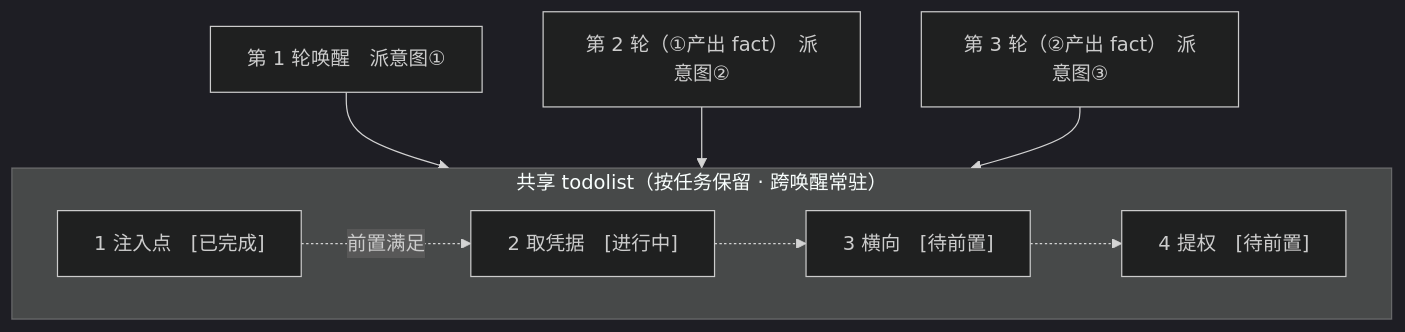
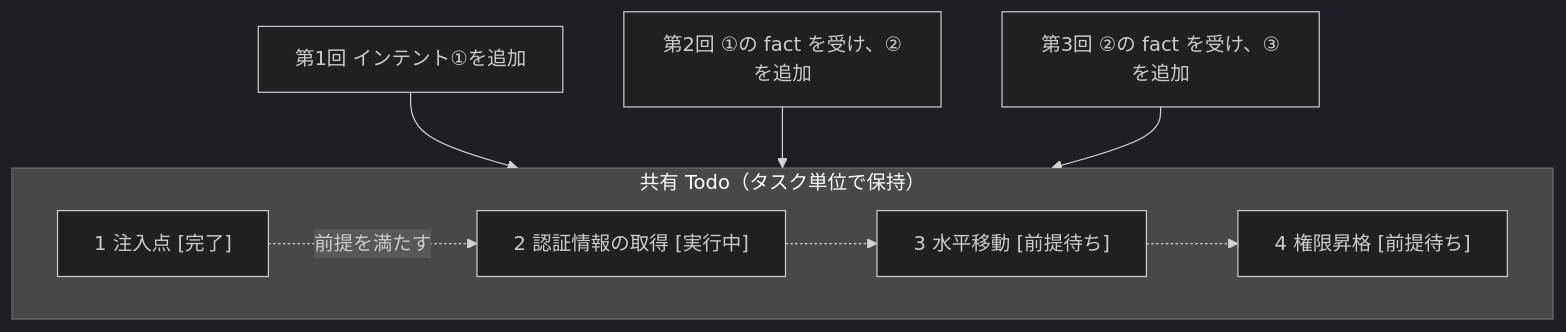
Before and after one commit to hara-kazu/ARTEX-Japanese: the fifth of 5 diagrams in README.md, drawn with Mermaid (dark theme). The commit also changed other lines of this file and 139 other files, not shown here.

````diff
--- a/README.md
+++ b/README.md
@@ -449,14 +512,14 @@
 ```mermaid
 flowchart TB
-  subgraph TODO["共享 todolist（按任务保留 · 跨唤醒常驻）"]
+  subgraph TODO["共有 Todo（タスク単位で保持）"]
     direction LR
-    T1["1 注入点　[已完成]"]
-    T2["2 取凭据　[进行中]"]
-    T3["3 横向　[待前置]"]
-    T4["4 提权　[待前置]"]
-    T1 -.前置满足.-> T2 -.-> T3 -.-> T4
+    T1["1 注入点 [完了]"]
+    T2["2 認証情報の取得 [実行中]"]
+    T3["3 水平移動 [前提待ち]"]
+    T4["4 権限昇格 [前提待ち]"]
+    T1 -.前提を満たす.-> T2 -.-> T3 -.-> T4
   end
-  R1["第 1 轮唤醒　派意图①"] --> T1
-  R2["第 2 轮（①产出 fact）　派意图②"] --> T2
-  R3["第 3 轮（②产出 fact）　派意图③"] --> T3
+  R1["第1回 インテント①を追加"] --> T1
+  R2["第2回 ①の fact を受け、②を追加"] --> T2
+  R3["第3回 ②の fact を受け、③を追加"] --> T3
 ```
````
